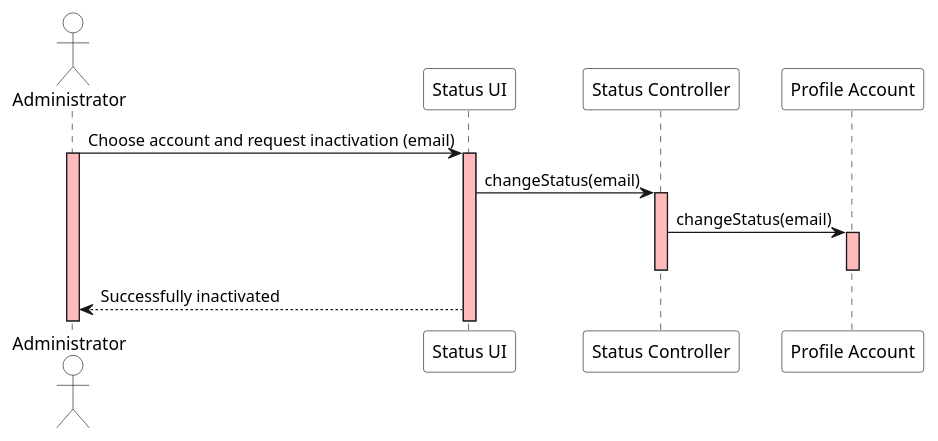
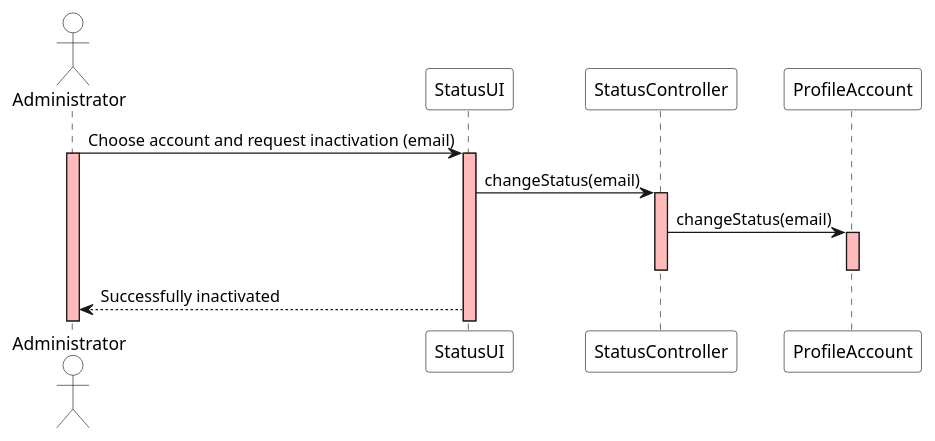
Before and after one commit to ivo-menezes/project_g3: the diagram in docs/modelling_design/user_stories/us005/US005_InactivateUserAccountSD.puml, drawn with PlantUML. The commit also changed 4 other files, not shown here.

```diff
--- a/docs/modelling_design/user_stories/us005/US005_InactivateUserAccountSD.puml
+++ b/docs/modelling_design/user_stories/us005/US005_InactivateUserAccountSD.puml
@@ -1,21 +1,21 @@
 @startuml
 
 actor Administrator  as Administrator #white
-participant "Status UI" as UI #white
-participant "Status Controller" as Controller #white
-participant "Profile Account" as Account #white
+participant "StatusUI" as UI #white
+participant "StatusController" as Controller #white
+participant "ProfileAccount" as Account #white
 
 'Administrator ->  Controller : 1.Choose account and request inactivation
 Administrator ->  UI : Choose account and request inactivation (email)
 activate UI #FFBBBB
 'activate Controller #FFBBBB
 activate Administrator #FFBBBB
 UI -> Controller: changeStatus(email)
 activate Controller #FFBBBB
 Controller -> Account: changeStatus(email)
 activate Account #FFBBBB
 deactivate Account
 deactivate Controller
 
 UI --> Administrator: Successfully inactivated
 @enduml
```
